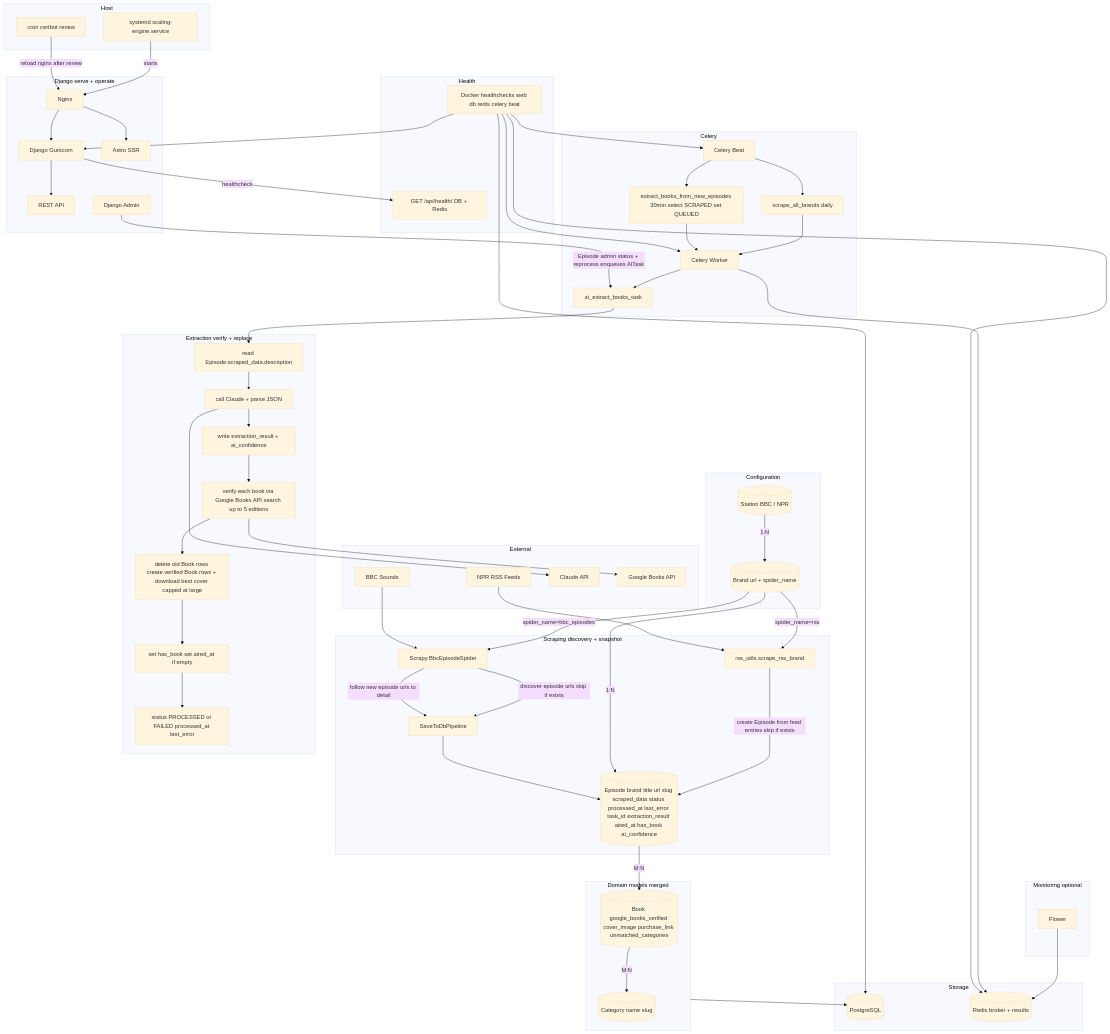
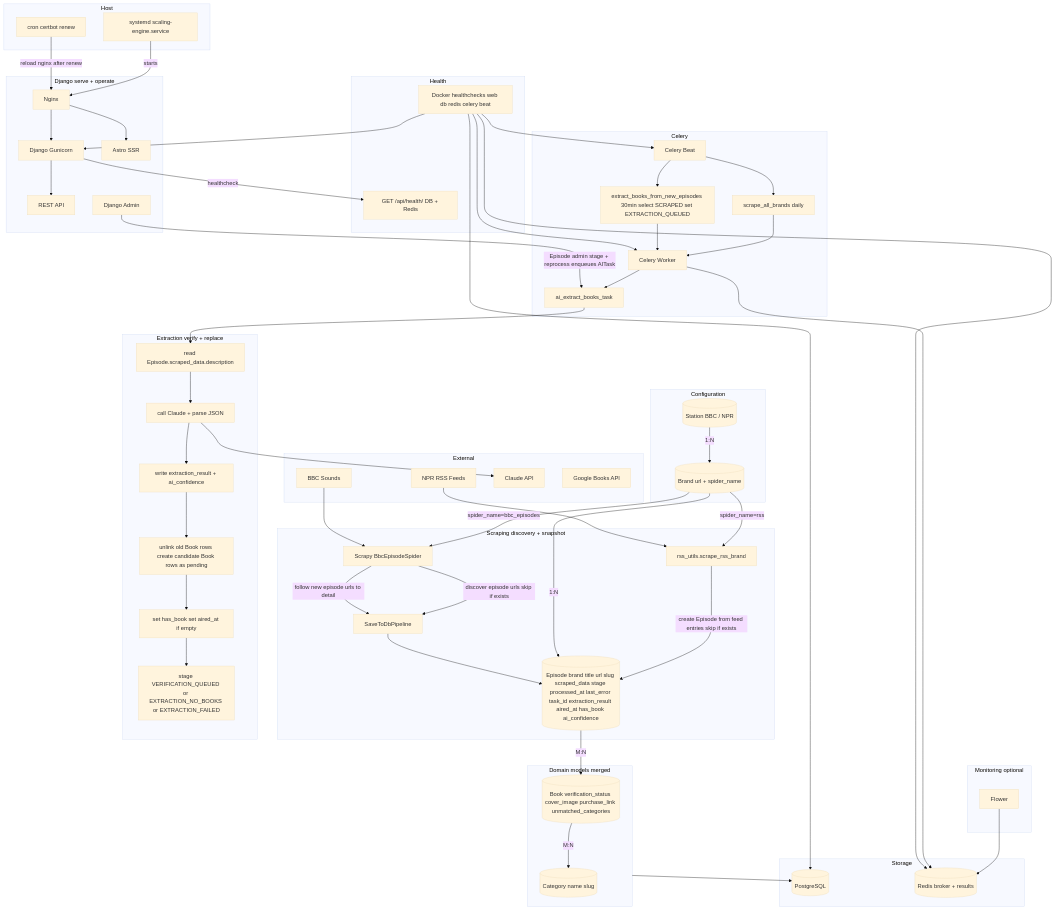
Before and after one commit to seb-thomas/scaling-engine: the first of 2 diagrams in ARCHITECTURE.md, drawn with Mermaid (base theme). The commit also changed other lines of this file and 15 other files, not shown here.

First line of the commit message:
Unify Episode status+review_status into single stage field

```diff
--- a/ARCHITECTURE.md
+++ b/ARCHITECTURE.md
@@ -104,8 +125,8 @@
   end
 
   subgraph models [Domain models merged]
-    Episode[(Episode brand title url slug scraped_data status processed_at last_error task_id extraction_result aired_at has_book ai_confidence)]
-    Book[(Book google_books_verified cover_image purchase_link unmatched_categories)]
+    Episode[(Episode brand title url slug scraped_data stage processed_at last_error task_id extraction_result aired_at has_book ai_confidence)]
+    Book[(Book verification_status cover_image purchase_link unmatched_categories)]
     Topic[(Category name slug)]
     Brand -->|1:N| Episode
     Episode -->|M:N| Book
@@ -121,7 +142,7 @@
     Beat[Celery Beat]
     Worker[Celery Worker]
     ScrapeTask[scrape_all_brands daily]
-    DetectTask["extract_books_from_new_episodes 30min select SCRAPED set QUEUED"]
+    DetectTask["extract_books_from_new_episodes 30min select SCRAPED set EXTRACTION_QUEUED"]
     AITask[ai_extract_books_task]
     Beat --> ScrapeTask
     Beat --> DetectTask
@@ -134,13 +155,11 @@
     ReadSnap["read Episode.scraped_data.description"]
     CallAI["call Claude + parse JSON"]
     SaveResult["write extraction_result + ai_confidence"]
-    VerifyGB["verify each book via Google Books API search up to 5 editions"]
-    ReplaceBooks["delete old Book rows create verified Book rows + download best cover capped at large"]
+    ReplaceBooks["unlink old Book rows create candidate Book rows as pending"]
     UpdateEpisode["set has_book set aired_at if empty"]
-    SetStatus["status PROCESSED or FAILED processed_at last_error"]
-    AITask --> ReadSnap --> CallAI --> SaveResult --> VerifyGB --> ReplaceBooks --> UpdateEpisode --> SetStatus
+    SetStage["stage VERIFICATION_QUEUED or EXTRACTION_NO_BOOKS or EXTRACTION_FAILED"]
+    AITask --> ReadSnap --> CallAI --> SaveResult --> ReplaceBooks --> UpdateEpisode --> SetStage
     CallAI --> Claude
-    VerifyGB --> GoogleBooks
   end
 
   subgraph monitoring [Monitoring optional]
@@ -151,7 +170,7 @@
   Pipeline --> Episode
   models --> DB
   Worker --> Redis
-  Admin -->|"Episode admin status + reprocess enqueues AITask"| AITask
+  Admin -->|"Episode admin stage + reprocess enqueues AITask"| AITask
   Web -->|healthcheck| APIHealth
   DockerHC --> Web
   DockerHC --> DB
```
